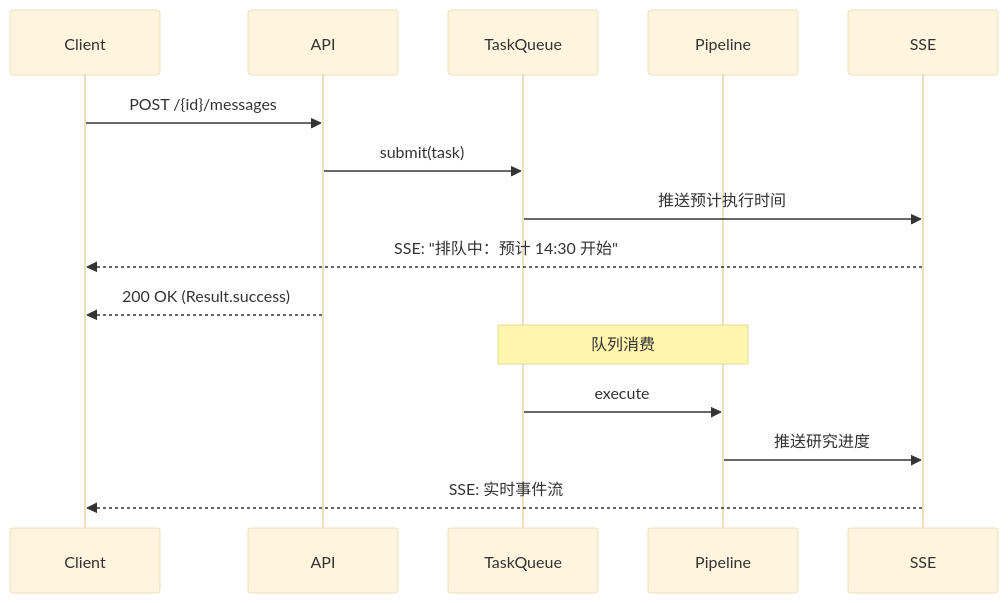
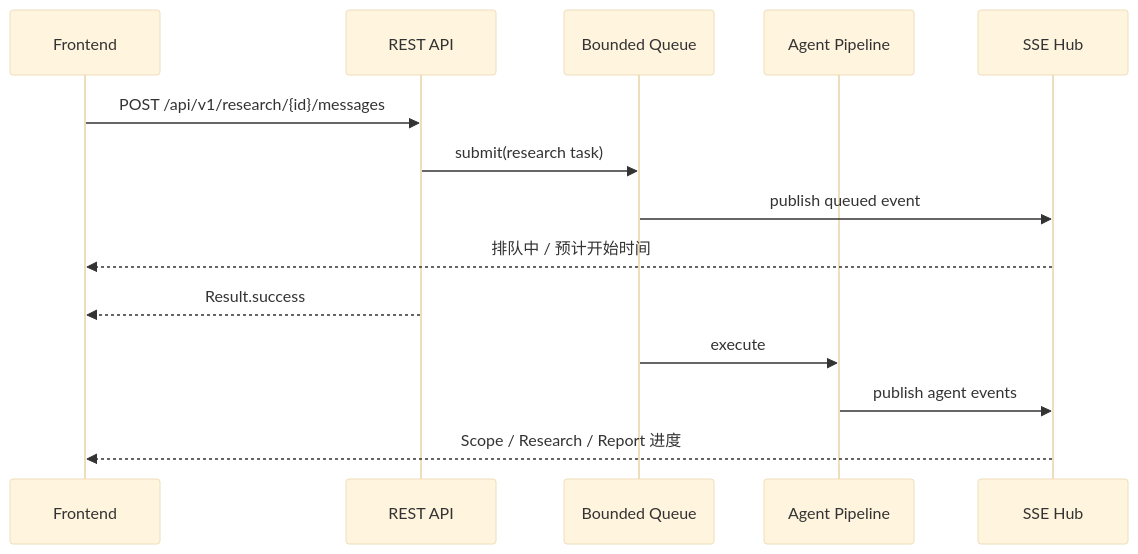
The fourth of 6 diagrams in README.md (haotangyuan/deep-research), drawn with Mermaid (base theme) before and after one commit. The commit also changed other lines of this file and 69 other files, not shown here.

````diff
--- a/README.md
+++ b/README.md
@@ -156,19 +209,17 @@
 ```mermaid
 sequenceDiagram
-    participant C as Client
-    participant A as API
-    participant Q as TaskQueue
-    participant P as Pipeline
-    participant S as SSE
+    participant C as Frontend
+    participant A as REST API
+    participant Q as Bounded Queue
+    participant P as Agent Pipeline
+    participant S as SSE Hub
 
-    C->>A: POST /{id}/messages
-    A->>Q: submit(task)
-    Q->>S: 推送预计执行时间
-    S-->>C: SSE: "排队中：预计 14:30 开始"
-    A-->>C: 200 OK (Result.success)
-    
-    Note over Q,P: 队列消费
+    C->>A: POST /api/v1/research/{id}/messages
+    A->>Q: submit(research task)
+    Q->>S: publish queued event
+    S-->>C: 排队中 / 预计开始时间
+    A-->>C: Result.success
     Q->>P: execute
-    P->>S: 推送研究进度
-    S-->>C: SSE: 实时事件流
+    P->>S: publish agent events
+    S-->>C: Scope / Research / Report 进度
 ```
````
